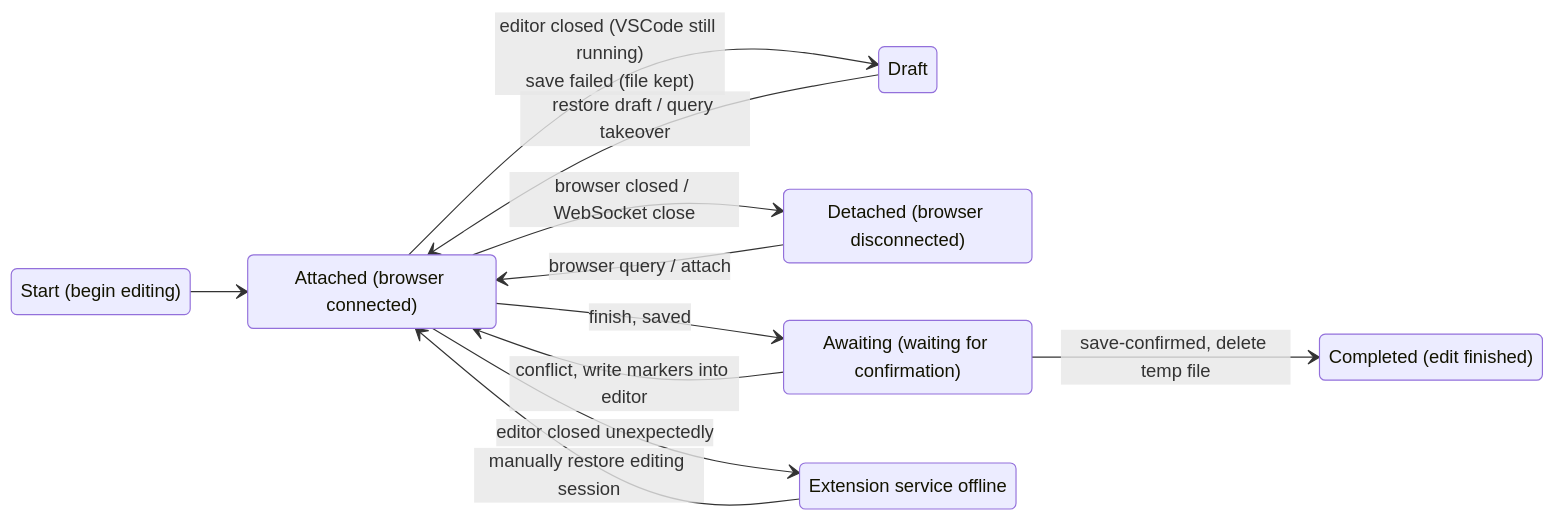
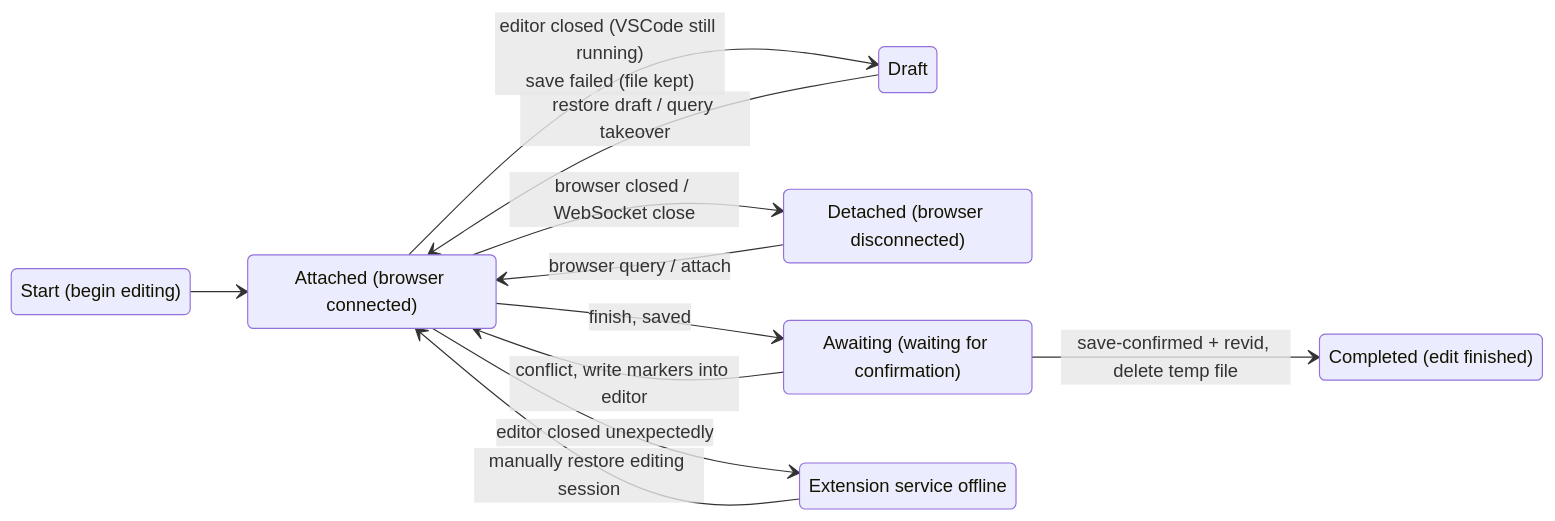
The diagram in README.en.md (minortex/mediawiki-vscode-editor), drawn with Mermaid before and after one commit. The commit also changed other lines of this file and 9 other files, not shown here.

First line of the commit message:
feat: delete the temp file only after the save's revid is confirmed

````diff
--- a/README.en.md
+++ b/README.en.md
@@ -65,24 +65,24 @@
 ```mermaid
 stateDiagram-v2
     direction LR
 
     state "Start (begin editing)" as Start
     state "Draft" as Draft
     state "Attached (browser connected)" as Attached
     state "Detached (browser disconnected)" as Detached
     state "Awaiting (waiting for confirmation)" as Awaiting
     state "Completed (edit finished)" as Completed
     state "Extension service offline" as Offline
 
     Start --> Attached
     Detached --> Attached: browser query / attach
     Attached --> Detached: browser closed / WebSocket close
     Attached --> Draft: editor closed (VSCode still running)<br/>save failed (file kept)
     Draft --> Attached: restore draft / query takeover
     Attached --> Awaiting: finish, saved
-    Awaiting --> Completed: save-confirmed, delete temp file
+    Awaiting --> Completed: save-confirmed + revid, delete temp file
     Awaiting --> Attached: conflict, write markers into editor
   
     Offline --> Attached: manually restore editing session
     Attached --> Offline: editor closed unexpectedly
 ```
````
